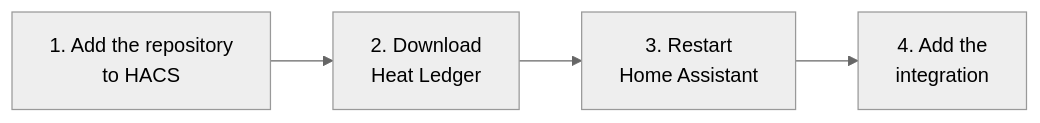
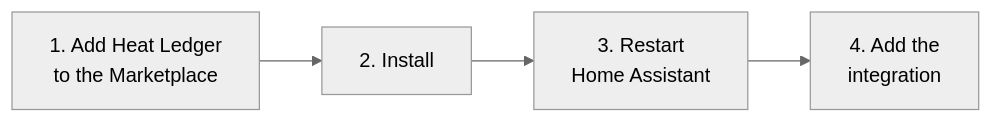
Before and after one commit to benep/heat_ledger: the diagram in docs/installation.md, drawn with Mermaid (neutral theme). The commit also changed other lines of this file and 6 other files, not shown here.

Commit message:
Install from the Marketplace built into Home Assistant instead of HACS

````diff
--- a/docs/installation.md
+++ b/docs/installation.md
@@ -6,4 +5,4 @@
 ```mermaid
 flowchart LR
-    A["1. Add the repository<br>to HACS"] --> B["2. Download<br>Heat Ledger"] --> C["3. Restart<br>Home Assistant"] --> D["4. Add the<br>integration"]
+    A["1. Add Heat Ledger<br>to the Marketplace"] --> B["2. Install"] --> C["3. Restart<br>Home Assistant"] --> D["4. Add the<br>integration"]
 ```
````
